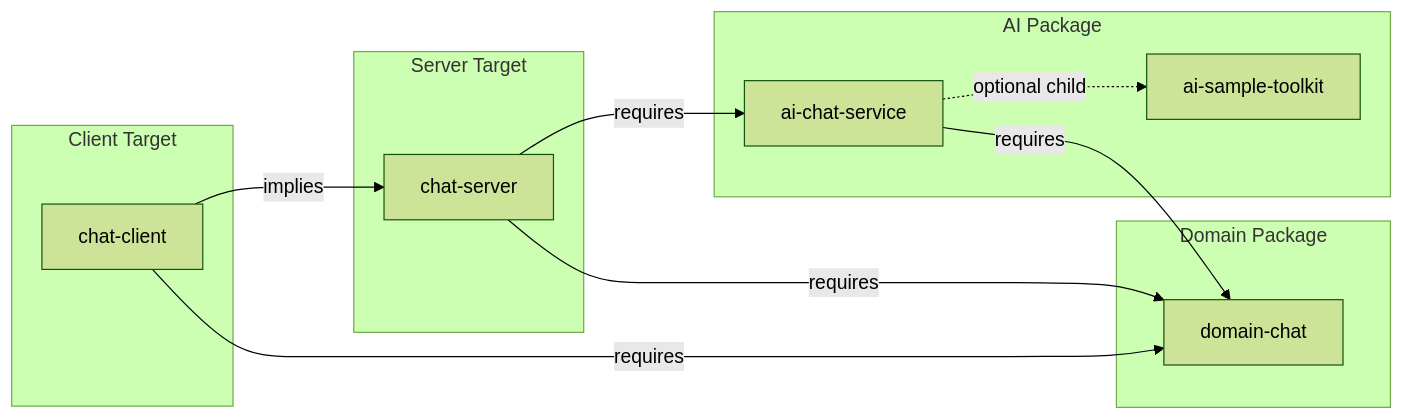
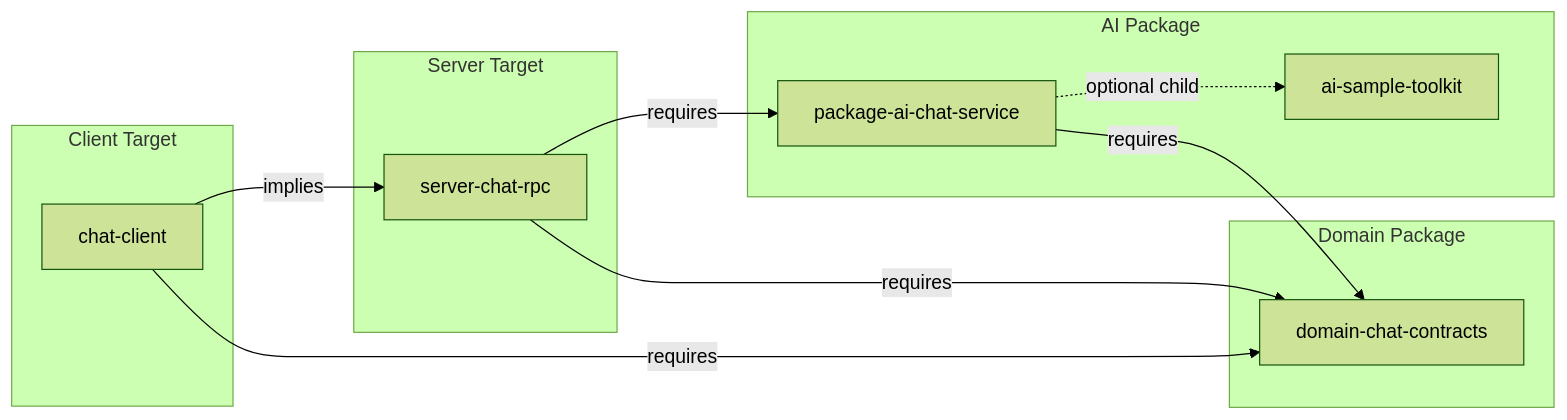
The third of 3 diagrams in .docs/architecture/catalog-architecture.md (lloydrichards/stack-effect), drawn with Mermaid (forest theme) before and after one commit. The commit also changed other lines of this file and 11 other files, not shown here.

````diff
--- a/.docs/architecture/catalog-architecture.md
+++ b/.docs/architecture/catalog-architecture.md
@@ -196,26 +198,26 @@
 ```mermaid
 flowchart LR
     subgraph Client Target
         A[chat-client]
     end
 
     subgraph Domain Package
-        B[domain-chat]
+        B[domain-chat-contracts]
     end
 
     subgraph AI Package
-        C[ai-chat-service]
+        C[package-ai-chat-service]
         D[ai-sample-toolkit]
     end
 
     subgraph Server Target
-        E[chat-server]
+        E[server-chat-rpc]
     end
 
     A -->|implies| E
     A -->|requires| B
     E -->|requires| B
     E -->|requires| C
     C -->|requires| B
     C -.->|optional child| D
 ```
````
